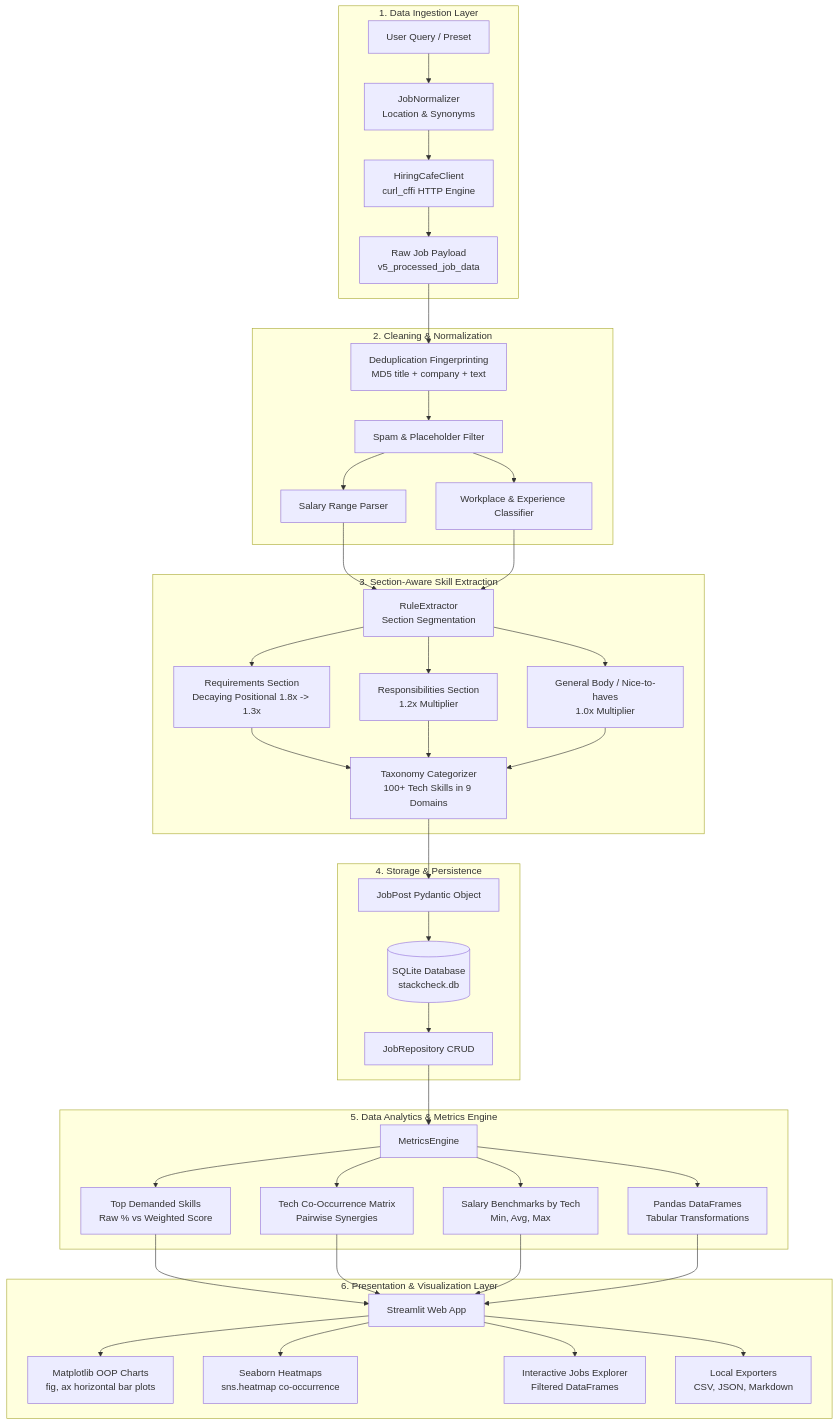
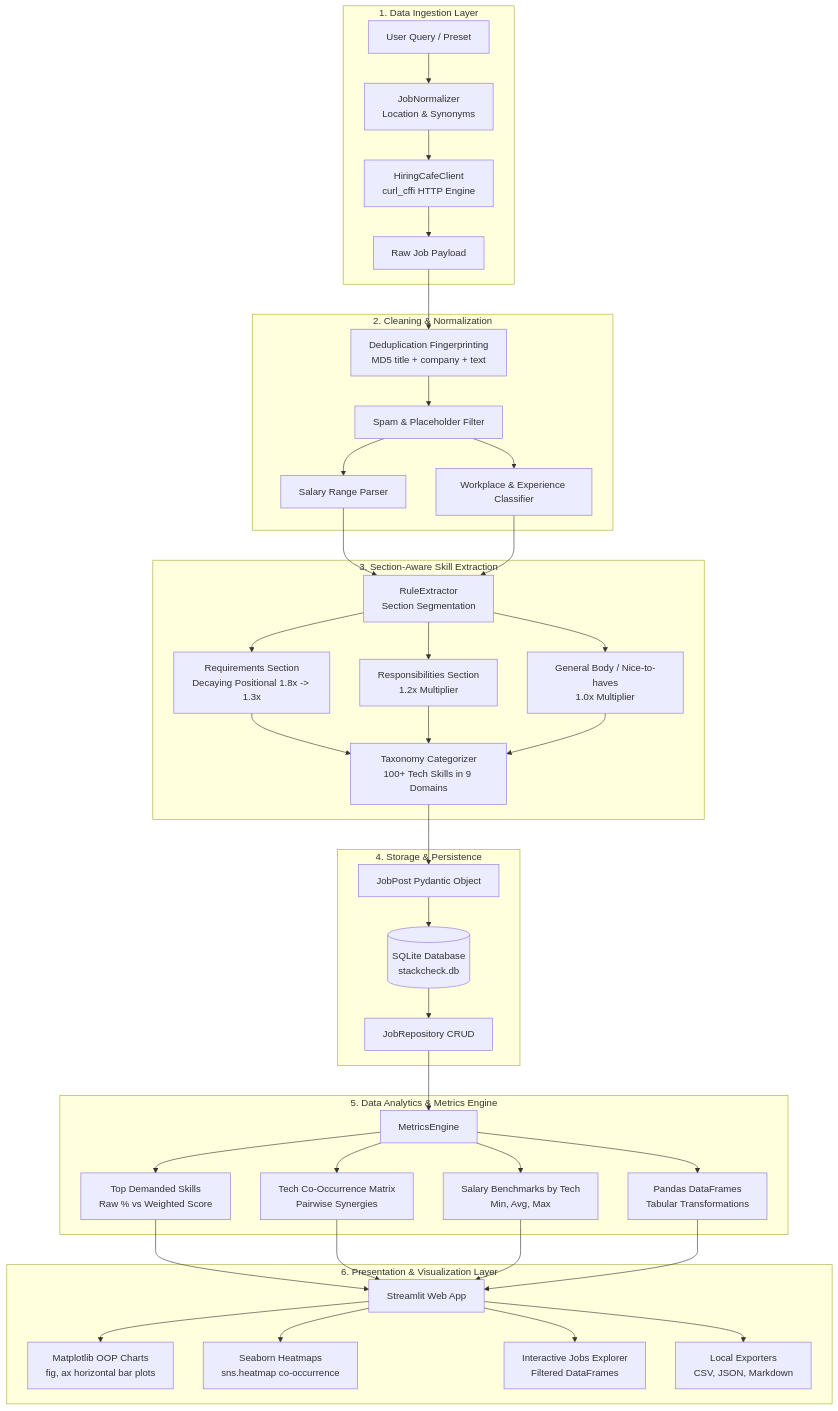
One commit to haydermuhib/StackCheck changed the diagram in ARCHITECTURE.md. Above: the diagram before and after it, drawn with Mermaid. The commit also changed other lines of this file and 29 other files, not shown here.

````diff
--- a/ARCHITECTURE.md
+++ b/ARCHITECTURE.md
@@ -55,45 +55,46 @@
 ```mermaid
 flowchart TD
     subgraph Ingestion ["1. Data Ingestion Layer"]
         A[User Query / Preset] --> B[JobNormalizer\nLocation & Synonyms]
         B --> C[HiringCafeClient\ncurl_cffi HTTP Engine]
-        C --> D[Raw Job Payload\nv5_processed_job_data]
+        D[Raw Job Payload]
+        C --> D
     end
 
     subgraph Cleaning ["2. Cleaning & Normalization"]
         D --> E[Deduplication Fingerprinting\nMD5 title + company + text]
         E --> F[Spam & Placeholder Filter]
         F --> G[Salary Range Parser]
         F --> H[Workplace & Experience Classifier]
     end
 
     subgraph Extraction ["3. Section-Aware Skill Extraction"]
         G & H --> I[RuleExtractor\nSection Segmentation]
         I --> J1[Requirements Section\nDecaying Positional 1.8x -> 1.3x]
         I --> J2[Responsibilities Section\n1.2x Multiplier]
         I --> J3[General Body / Nice-to-haves\n1.0x Multiplier]
         J1 & J2 & J3 --> K[Taxonomy Categorizer\n100+ Tech Skills in 9 Domains]
     end
 
     subgraph Storage ["4. Storage & Persistence"]
         K --> L[JobPost Pydantic Object]
         L --> M[(SQLite Database\nstackcheck.db)]
         M --> N[JobRepository CRUD]
     end
 
     subgraph Analytics ["5. Data Analytics & Metrics Engine"]
         N --> O[MetricsEngine]
         O --> P1[Top Demanded Skills\nRaw % vs Weighted Score]
         O --> P2[Tech Co-Occurrence Matrix\nPairwise Synergies]
         O --> P3[Salary Benchmarks by Tech\nMin, Avg, Max]
         O --> P4[Pandas DataFrames\nTabular Transformations]
     end
 
     subgraph Presentation ["6. Presentation & Visualization Layer"]
         P1 & P2 & P3 & P4 --> Q[Streamlit Web App]
         Q --> R1[Matplotlib OOP Charts\nfig, ax horizontal bar plots]
         Q --> R2[Seaborn Heatmaps\nsns.heatmap co-occurrence]
         Q --> R3[Interactive Jobs Explorer\nFiltered DataFrames]
         Q --> R4[Local Exporters\nCSV, JSON, Markdown]
     end
 ```
````
